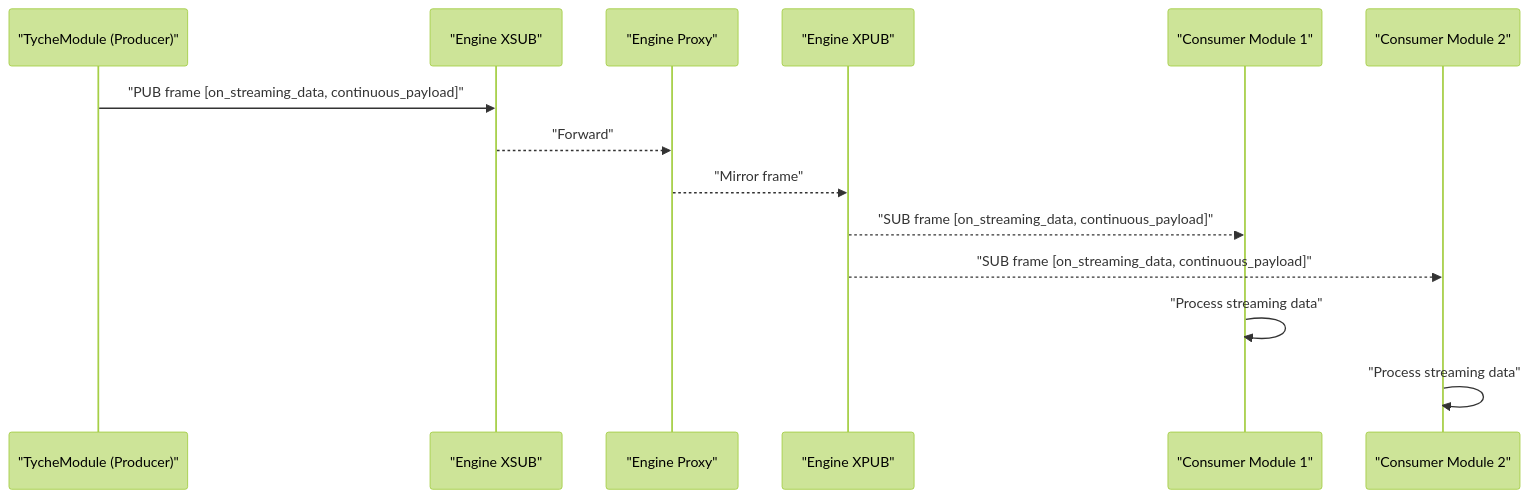
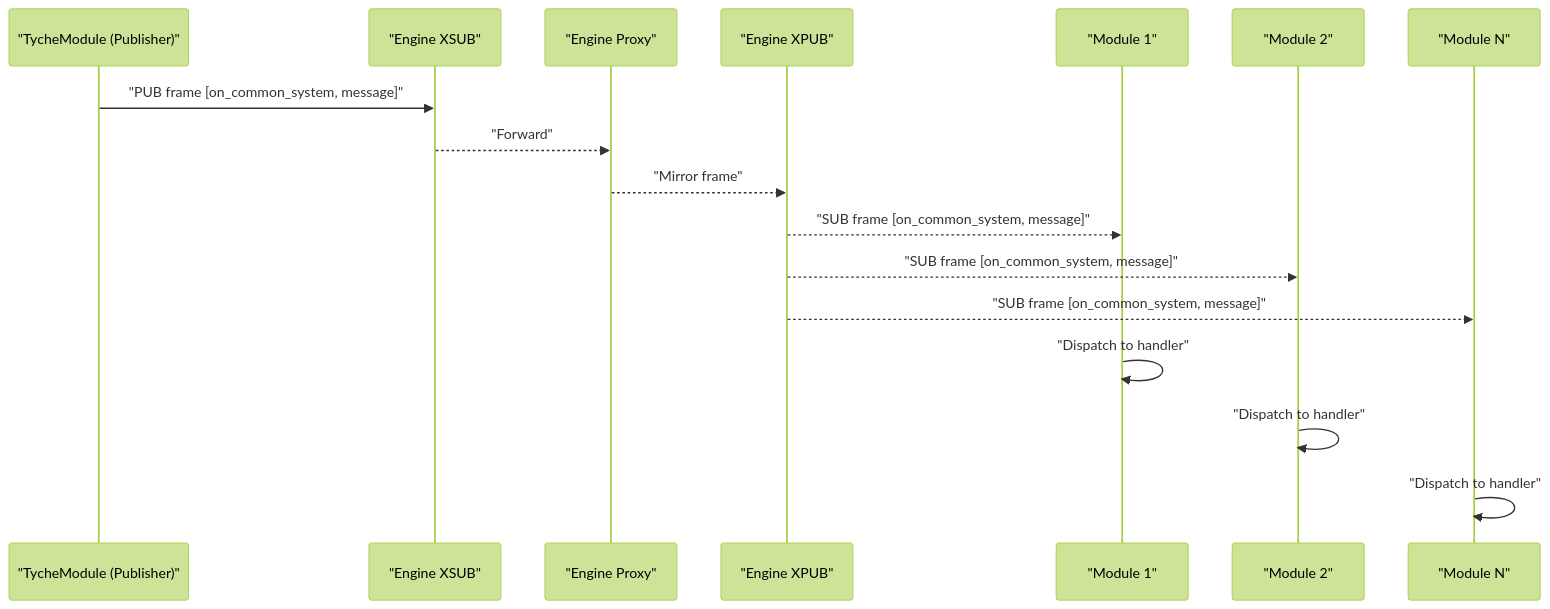
The sixth of 8 diagrams in .qoder/repowiki/en/content/Communication Patterns/Communication Patterns.md (zt281/TycheEngine), drawn with Mermaid (forest theme) before and after one commit. The commit also changed other lines of this file and 34 other files, not shown here.

````diff
--- a/.qoder/repowiki/en/content/Communication Patterns/Communication Patterns.md
+++ b/.qoder/repowiki/en/content/Communication Patterns/Communication Patterns.md
@@ -329,16 +345,19 @@
 ```mermaid
 sequenceDiagram
-participant Producer as "TycheModule (Producer)"
+participant Sender as "TycheModule (Publisher)"
 participant XSUB as "Engine XSUB"
 participant Proxy as "Engine Proxy"
 participant XPUB as "Engine XPUB"
-participant Consumer1 as "Consumer Module 1"
-participant Consumer2 as "Consumer Module 2"
-Producer->>XSUB : "PUB frame [on_streaming_data, continuous_payload]"
+participant Mod1 as "Module 1"
+participant Mod2 as "Module 2"
+participant ModN as "Module N"
+Sender->>XSUB : "PUB frame [on_common_system, message]"
 XSUB-->>Proxy : "Forward"
 Proxy-->>XPUB : "Mirror frame"
-XPUB-->>Consumer1 : "SUB frame [on_streaming_data, continuous_payload]"
-XPUB-->>Consumer2 : "SUB frame [on_streaming_data, continuous_payload]"
-Consumer1->>Consumer1 : "Process streaming data"
-Consumer2->>Consumer2 : "Process streaming data"
+XPUB-->>Mod1 : "SUB frame [on_common_system, message]"
+XPUB-->>Mod2 : "SUB frame [on_common_system, message]"
+XPUB-->>ModN : "SUB frame [on_common_system, message]"
+Mod1->>Mod1 : "Dispatch to handler"
+Mod2->>Mod2 : "Dispatch to handler"
+ModN->>ModN : "Dispatch to handler"
 ```
````
